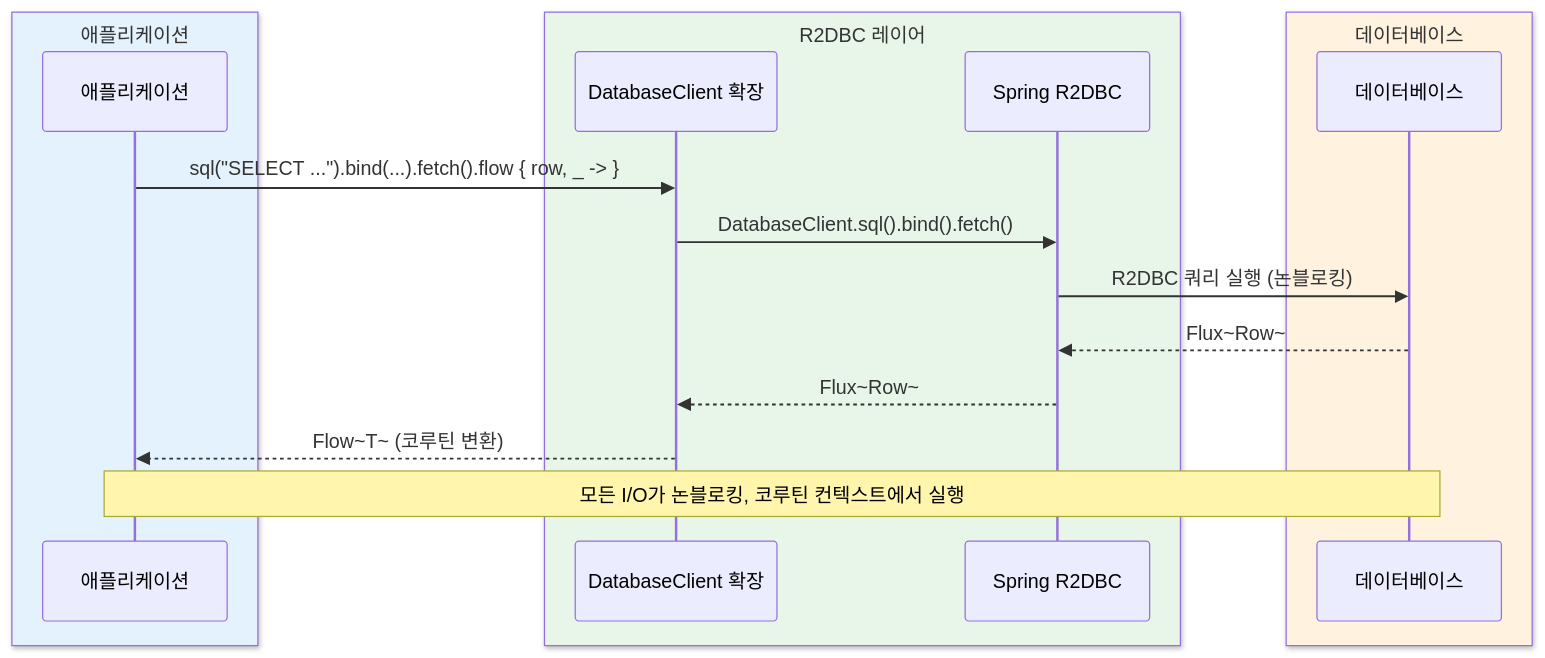
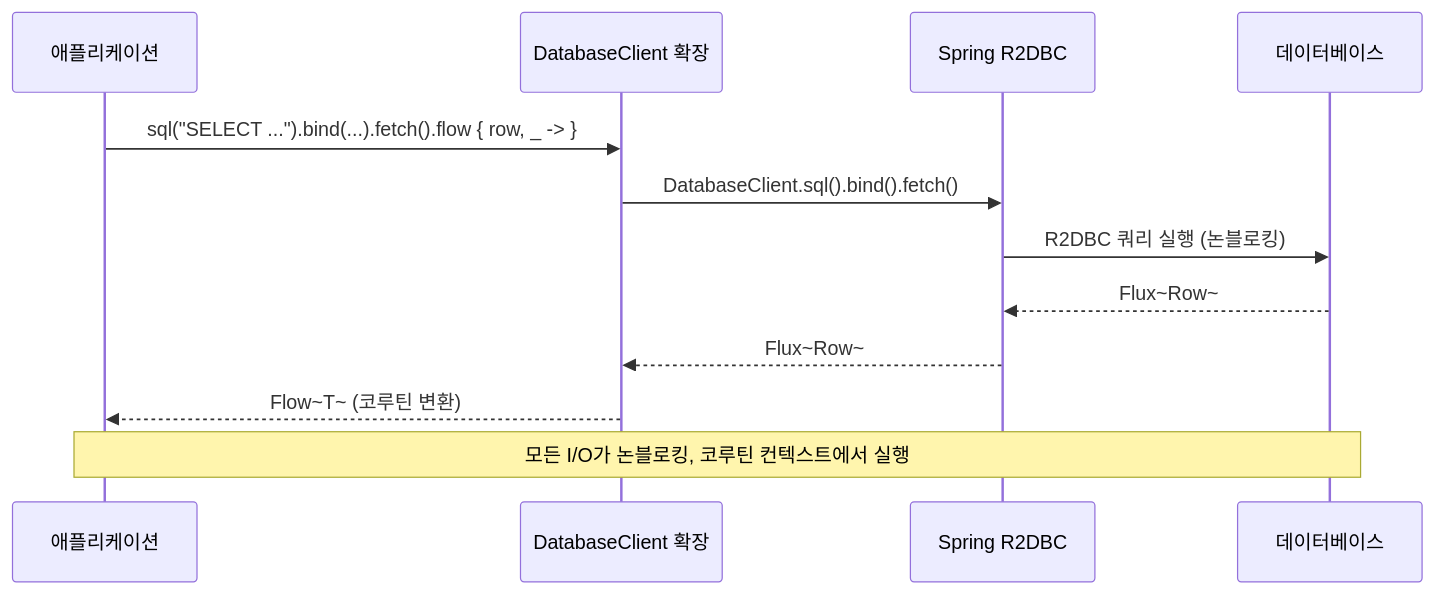
Before and after one commit to bluetape4k/bluetape4k-projects: the third of 4 diagrams in data/r2dbc/README.ko.md, drawn with Mermaid. The commit also changed other lines of this file and 219 other files, not shown here.

First line of the commit message:
docs: 전체 README Mermaid 다이어그램 가이드 적용

````diff
--- a/data/r2dbc/README.ko.md
+++ b/data/r2dbc/README.ko.md
@@ -363,22 +363,16 @@
 ```mermaid
 sequenceDiagram
-    box rgb(227, 242, 253) 애플리케이션
         participant App as 애플리케이션
-    end
-    box rgb(232, 245, 233) R2DBC 레이어
         participant R2DBC as DatabaseClient 확장
         participant Spring as Spring R2DBC
-    end
-    box rgb(255, 243, 224) 데이터베이스
         participant DB as 데이터베이스
-    end
 
     App->>R2DBC: sql("SELECT ...").bind(...).fetch().flow { row, _ -> }
     R2DBC->>Spring: DatabaseClient.sql().bind().fetch()
     Spring->>DB: R2DBC 쿼리 실행 (논블로킹)
     DB-->>Spring: Flux~Row~
     Spring-->>R2DBC: Flux~Row~
     R2DBC-->>App: Flow~T~ (코루틴 변환)
 
     Note over App,DB: 모든 I/O가 논블로킹, 코루틴 컨텍스트에서 실행
 ```
````
